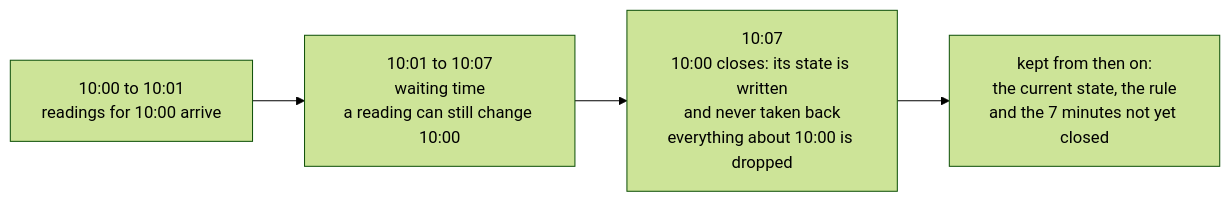
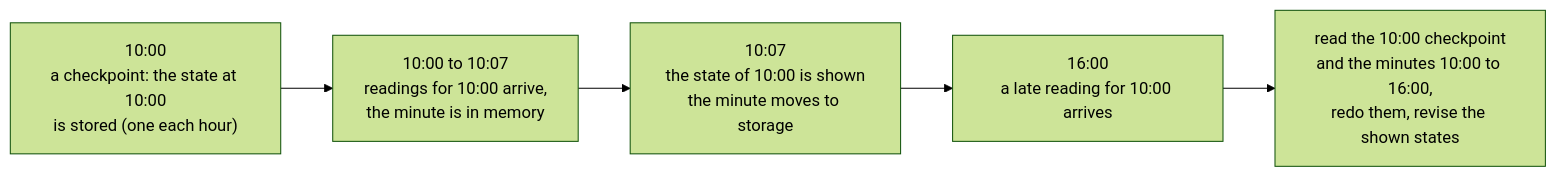
The first of 3 diagrams in paper/research/16-fold-state-per-key.md (abossard/sattle), drawn with Mermaid (forest theme) before and after one commit. The commit also changed other lines of this file, not shown here.

````diff
--- a/paper/research/16-fold-state-per-key.md
+++ b/paper/research/16-fold-state-per-key.md
@@ -27,6 +27,7 @@
 ```mermaid
 flowchart LR
-  A["10:00 to 10:01<br/>readings for 10:00 arrive"] --> B["10:01 to 10:07<br/>waiting time<br/>a reading can still change 10:00"]
-  B --> C["10:07<br/>10:00 closes: its state is written<br/>and never taken back<br/>everything about 10:00 is dropped"]
-  C --> D["kept from then on:<br/>the current state, the rule<br/>and the 7 minutes not yet closed"]
+  A["10:00<br/>a checkpoint: the state at 10:00<br/>is stored (one each hour)"] --> B["10:00 to 10:07<br/>readings for 10:00 arrive,<br/>the minute is in memory"]
+  B --> C["10:07<br/>the state of 10:00 is shown<br/>the minute moves to storage"]
+  C --> D["16:00<br/>a late reading for 10:00 arrives"]
+  D --> E["read the 10:00 checkpoint<br/>and the minutes 10:00 to 16:00,<br/>redo them, revise the shown states"]
 ```
````
